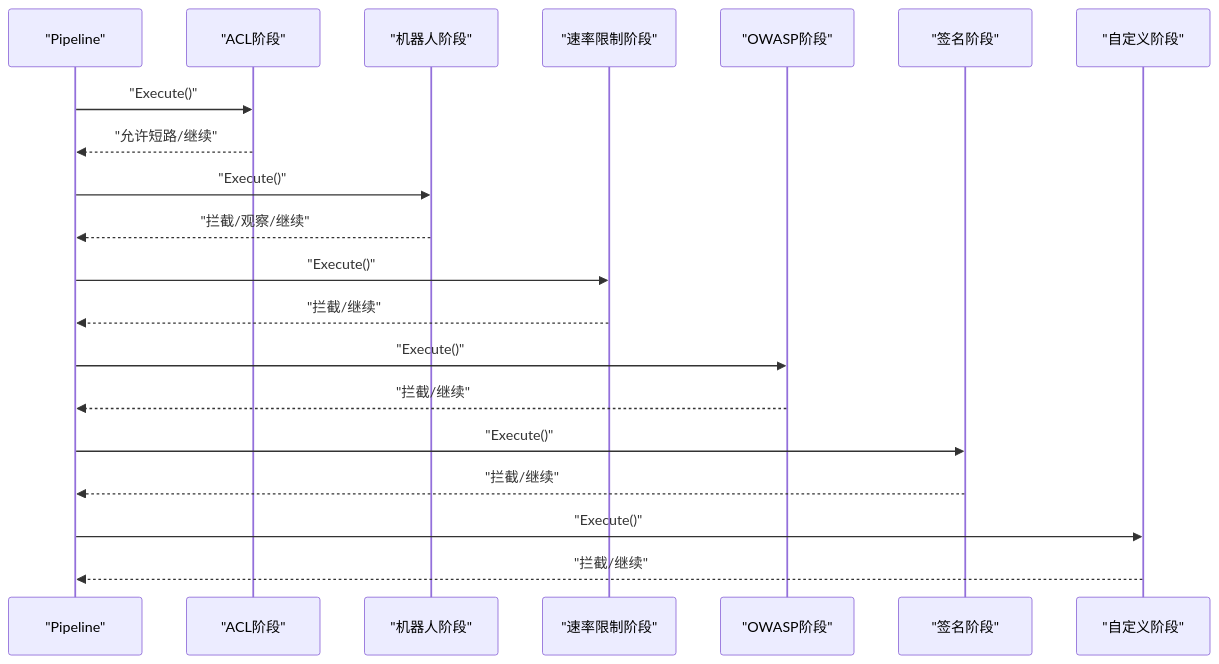
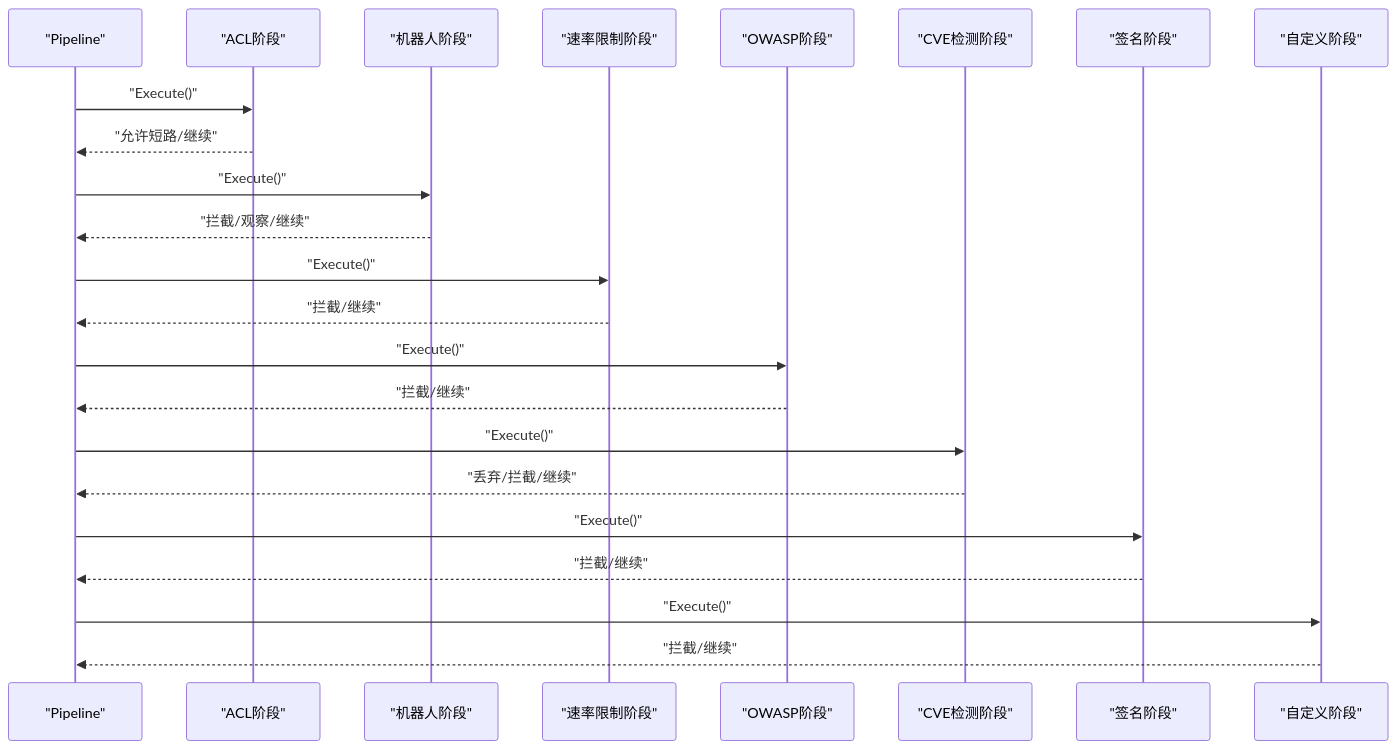
The sixth of 11 diagrams in docs/WAF 引擎系统/WAF 引擎系统.md (x01n/My-OpenWaf), drawn with Mermaid before and after one commit. The commit also changed other lines of this file and 51 other files, not shown here.

````diff
--- a/docs/WAF 引擎系统/WAF 引擎系统.md
+++ b/docs/WAF 引擎系统/WAF 引擎系统.md
@@ -265,22 +312,25 @@
 ```mermaid
 sequenceDiagram
 participant P as "Pipeline"
 participant ACL as "ACL阶段"
 participant BOT as "机器人阶段"
 participant RL as "速率限制阶段"
 participant OWASP as "OWASP阶段"
+participant CVE as "CVE检测阶段"
 participant SIG as "签名阶段"
 participant CUS as "自定义阶段"
 P->>ACL : "Execute()"
 ACL-->>P : "允许短路/继续"
 P->>BOT : "Execute()"
 BOT-->>P : "拦截/观察/继续"
 P->>RL : "Execute()"
 RL-->>P : "拦截/继续"
 P->>OWASP : "Execute()"
 OWASP-->>P : "拦截/继续"
+P->>CVE : "Execute()"
+CVE-->>P : "丢弃/拦截/继续"
 P->>SIG : "Execute()"
 SIG-->>P : "拦截/继续"
 P->>CUS : "Execute()"
 CUS-->>P : "拦截/继续"
 ```
````
